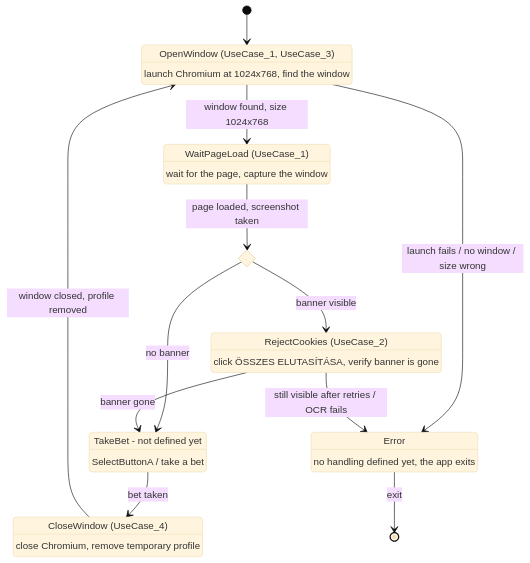
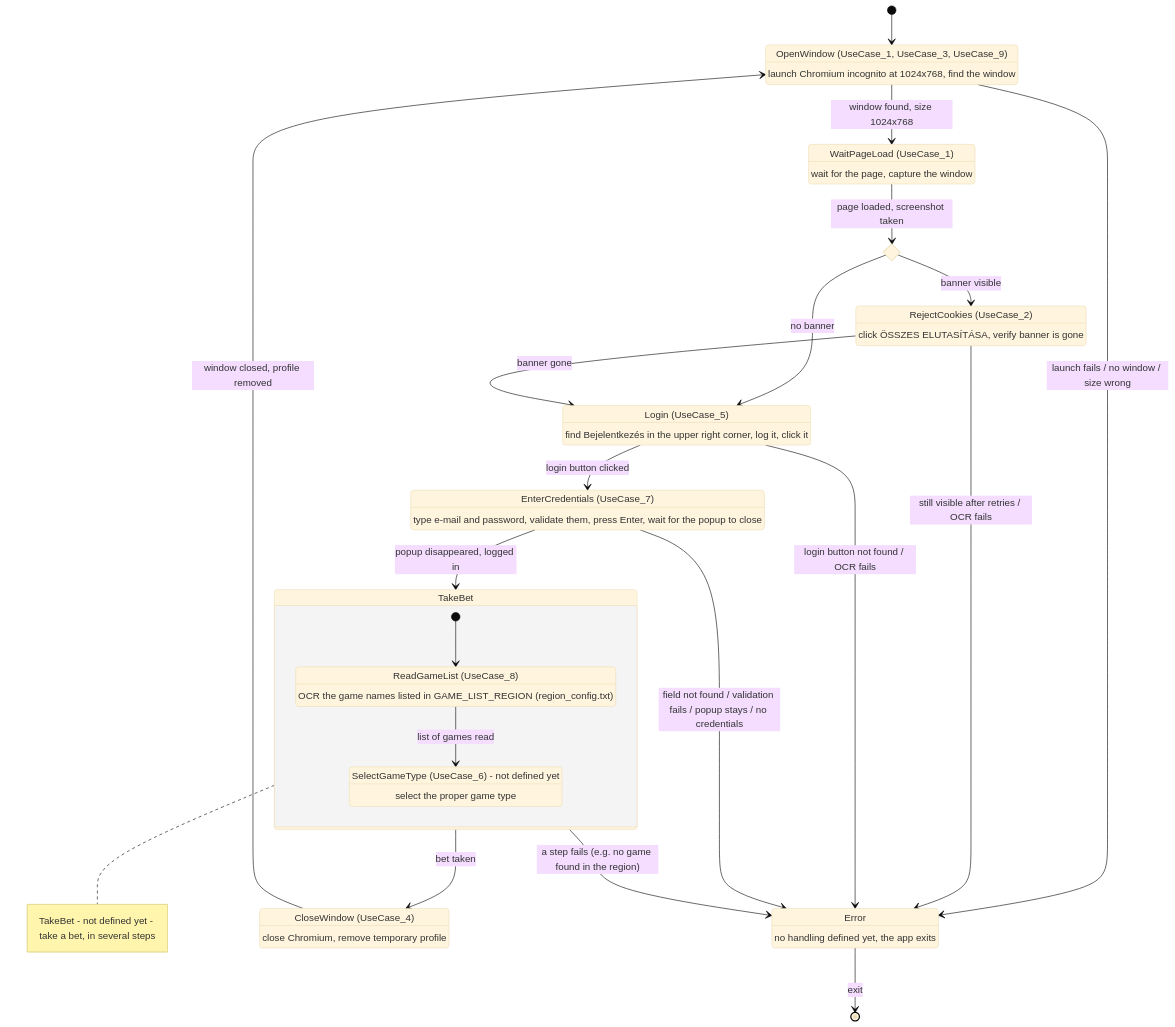
Before and after one commit to ostoadhu/howToMakeItWork: the diagram in the_app_AI/docs/use_cases.md, drawn with Mermaid (base theme). The commit also changed other lines of this file and 28 other files, not shown here.

````diff
--- a/the_app_AI/docs/use_cases.md
+++ b/the_app_AI/docs/use_cases.md
@@ -34,27 +34,43 @@
 ```mermaid
 stateDiagram-v2
     [*] --> OpenWindow
-    state "OpenWindow (UseCase_1, UseCase_3)" as OpenWindow
-    OpenWindow : launch Chromium at 1024x768, find the window
+    state "OpenWindow (UseCase_1, UseCase_3, UseCase_9)" as OpenWindow
+    OpenWindow : launch Chromium incognito at 1024x768, find the window
     state "WaitPageLoad (UseCase_1)" as WaitPageLoad
     WaitPageLoad : wait for the page, capture the window
     state BannerVisible <<choice>>
     state "RejectCookies (UseCase_2)" as RejectCookies
     RejectCookies : click ÖSSZES ELUTASÍTÁSA, verify banner is gone
-    state "TakeBet - not defined yet" as TakeBet
-    TakeBet : SelectButtonA / take a bet
+    state "Login (UseCase_5)" as Login
+    Login : find Bejelentkezés in the upper right corner, log it, click it
+    state "EnterCredentials (UseCase_7)" as EnterCredentials
+    EnterCredentials : type e-mail and password, validate them, press Enter, wait for the popup to close
+    state TakeBet {
+        [*] --> ReadGameList
+        state "ReadGameList (UseCase_8)" as ReadGameList
+        ReadGameList : OCR the game names listed in GAME_LIST_REGION (region_config.txt)
+        state "SelectGameType (UseCase_6) - not defined yet" as SelectGameType
+        SelectGameType : select the proper game type
+        ReadGameList --> SelectGameType : list of games read
+    }
+    note right of TakeBet : TakeBet - not defined yet - take a bet, in several steps
     state "CloseWindow (UseCase_4)" as CloseWindow
     CloseWindow : close Chromium, remove temporary profile
     state "Error" as Error
     Error : no handling defined yet, the app exits
     OpenWindow --> WaitPageLoad : window found, size 1024x768
     OpenWindow --> Error : launch fails / no window / size wrong
     WaitPageLoad --> BannerVisible : page loaded, screenshot taken
     BannerVisible --> RejectCookies : banner visible
-    BannerVisible --> TakeBet : no banner
-    RejectCookies --> TakeBet : banner gone
+    BannerVisible --> Login : no banner
+    RejectCookies --> Login : banner gone
     RejectCookies --> Error : still visible after retries / OCR fails
+    Login --> EnterCredentials : login button clicked
+    Login --> Error : login button not found / OCR fails
+    EnterCredentials --> TakeBet : popup disappeared, logged in
+    EnterCredentials --> Error : field not found / validation fails / popup stays / no credentials
     TakeBet --> CloseWindow : bet taken
+    TakeBet --> Error : a step fails (e.g. no game found in the region)
     CloseWindow --> OpenWindow : window closed, profile removed
     Error --> [*] : exit
 ```
````
